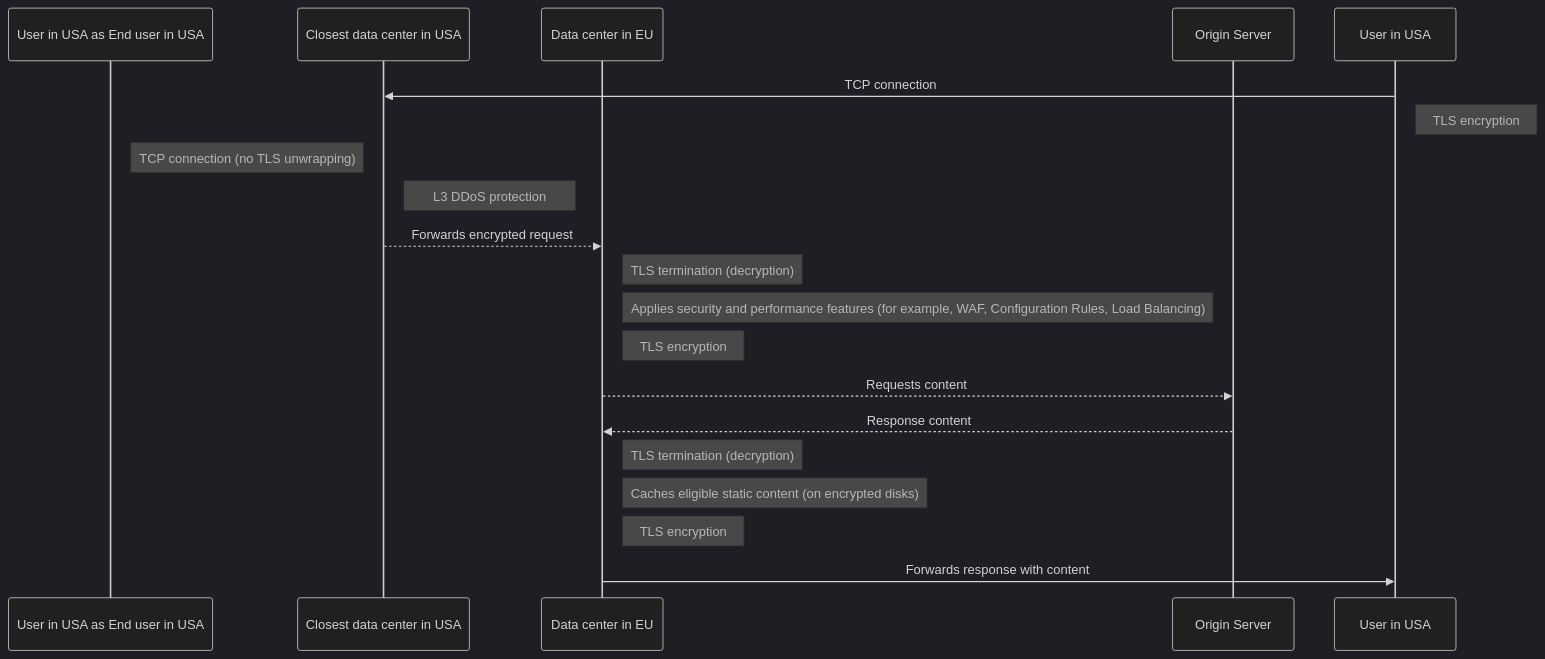
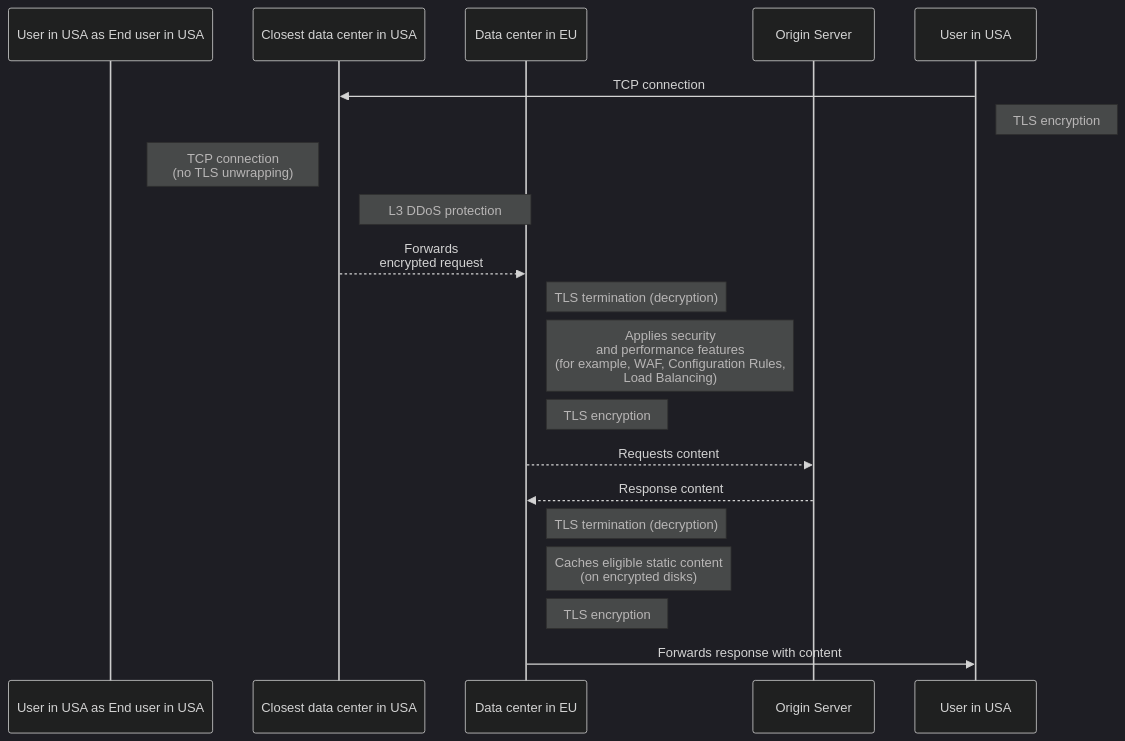
One commit to cloudflare/cloudflare-docs changed the diagram in content/data-localization/regional-services/_index.md. Above: the diagram before and after it, drawn with Mermaid (dark theme). The commit also changed other lines of this file, not shown here.

Commit message:
Apply suggestions from code review

````diff
--- a/content/data-localization/regional-services/_index.md
+++ b/content/data-localization/regional-services/_index.md
@@ -33,22 +33,22 @@
 ```mermaid
 sequenceDiagram
     participant User in USA as End user in USA
     participant CloudflarePoPNYC as Closest data center in USA
     participant CloudflarePoPDUB as Data center in EU
     participant EUOriginServer as Origin Server
  
     User in USA->>CloudflarePoPNYC: TCP connection
     Note right of User in USA: TLS encryption
-    Note left of CloudflarePoPNYC: TCP connection (no TLS unwrapping)
+    Note left of CloudflarePoPNYC: TCP connection<br> (no TLS unwrapping)
     Note right of CloudflarePoPNYC: L3 DDoS protection
-    CloudflarePoPNYC-->>CloudflarePoPDUB: Forwards encrypted request
+    CloudflarePoPNYC-->>CloudflarePoPDUB: Forwards<br> encrypted request
     Note right of CloudflarePoPDUB: TLS termination (decryption)
-    Note right of CloudflarePoPDUB: Applies security and performance features (for example, WAF, Configuration Rules, Load Balancing)
+    Note right of CloudflarePoPDUB: Applies security<br> and performance features<br> (for example, WAF, Configuration Rules, <br>Load Balancing)
     Note right of CloudflarePoPDUB: TLS encryption
     CloudflarePoPDUB-->>EUOriginServer: Requests content
     EUOriginServer-->>CloudflarePoPDUB: Response content
     Note right of CloudflarePoPDUB: TLS termination (decryption)
-    Note right of CloudflarePoPDUB: Caches eligible static content (on encrypted disks)
+    Note right of CloudflarePoPDUB: Caches eligible static content<br> (on encrypted disks)
     Note right of CloudflarePoPDUB: TLS encryption
     CloudflarePoPDUB->>User in USA: Forwards response with content
 ```
````
